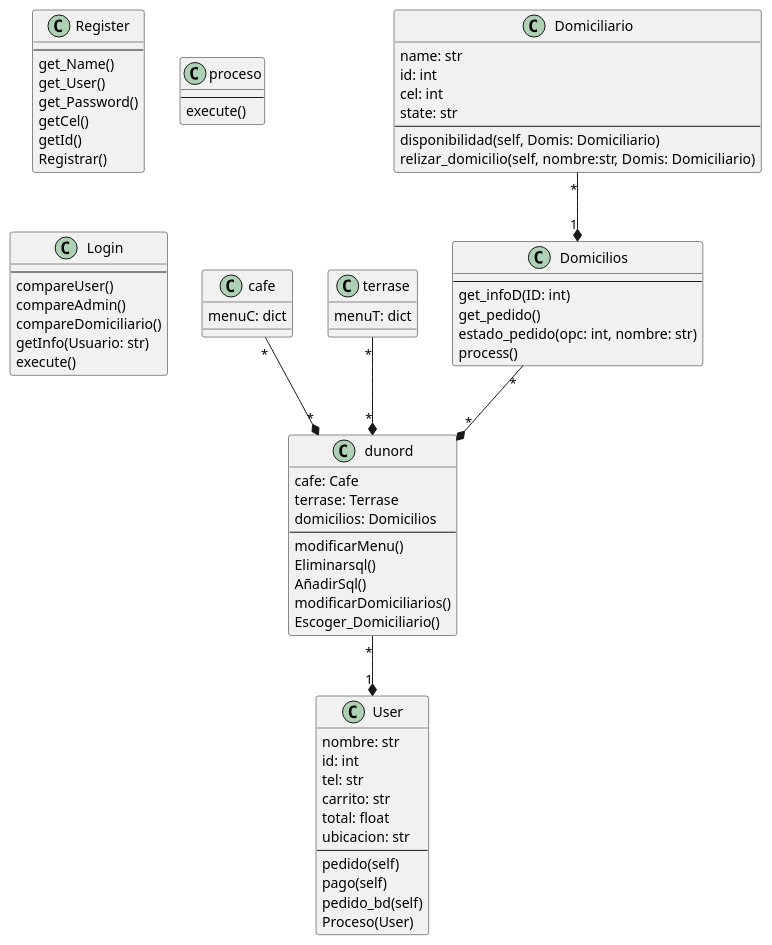
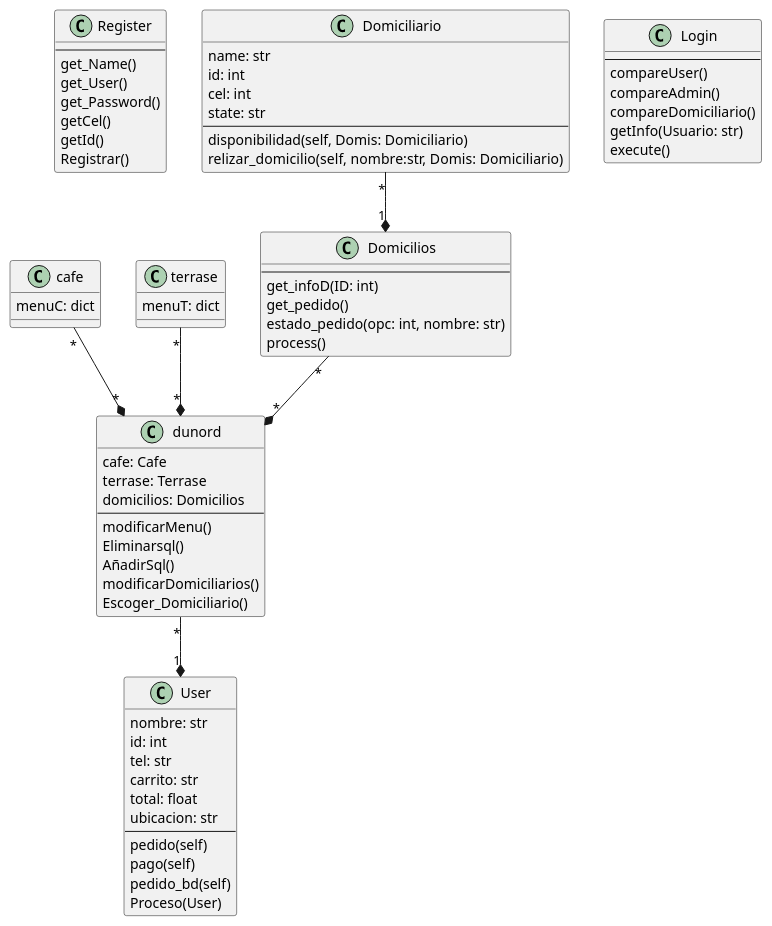
One commit to JGD2108/Rappi_Nord changed the diagram in project.puml. Above: the diagram before and after it, drawn with PlantUML.

Commit message:
Dados.py

```diff
--- a/project.puml
+++ b/project.puml
@@ -1,83 +1,77 @@
 @startuml
 Class Register{
 ----
 get_Name()
 get_User()
 get_Password()
 getCel()
 getId()
 Registrar()
 }
 
 Class User{
 nombre: str
 id: int
 tel: str
 carrito: str
 total: float
 ubicacion: str
 --
 pedido(self)
 pago(self)
 pedido_bd(self)
 Proceso(User)
 }
 
 Class dunord{
 cafe: Cafe
 terrase: Terrase
 domicilios: Domicilios
 --
 modificarMenu()
 Eliminarsql()
 AñadirSql()
 modificarDomiciliarios()
 Escoger_Domiciliario()
 }
-
-Class proceso{
-----
-execute()
-}
-
 
 Class cafe{
 menuC: dict
 }
 
 Class terrase{
 menuT: dict
 }
 
 Class Domiciliario{
 name: str
 id: int
 cel: int
 state: str
 --
 disponibilidad(self, Domis: Domiciliario)
 relizar_domicilio(self, nombre:str, Domis: Domiciliario)
 }
 
 class Domicilios{
 ----
 get_infoD(ID: int)
 get_pedido()
 estado_pedido(opc: int, nombre: str)
 process()
 }
 
 class Login{
 ----
 compareUser()
 compareAdmin()
 compareDomiciliario()
 getInfo(Usuario: str)
 execute()
 }
 cafe "*" --* "*" dunord
 terrase "*" --* "*" dunord
 Domiciliario "*" --* "1" Domicilios
 Domicilios "*" --* "*" dunord
 dunord "*" --* "1" User
 @enduml
```
